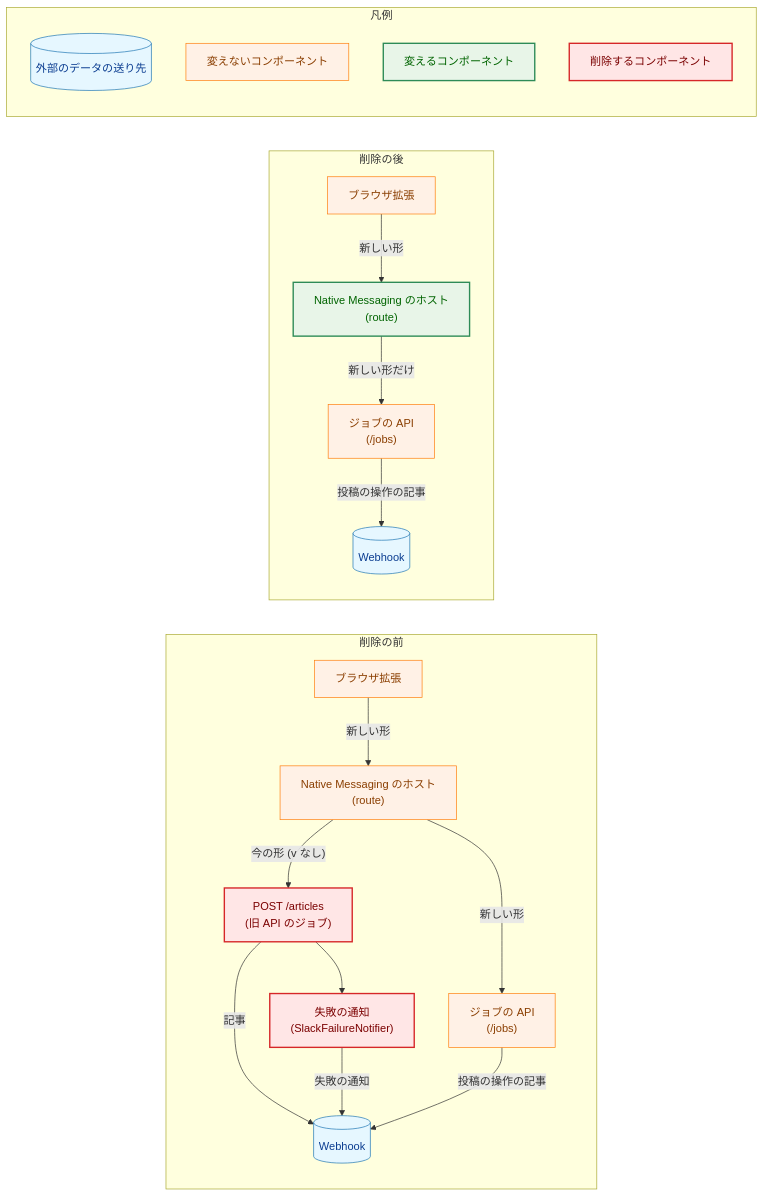
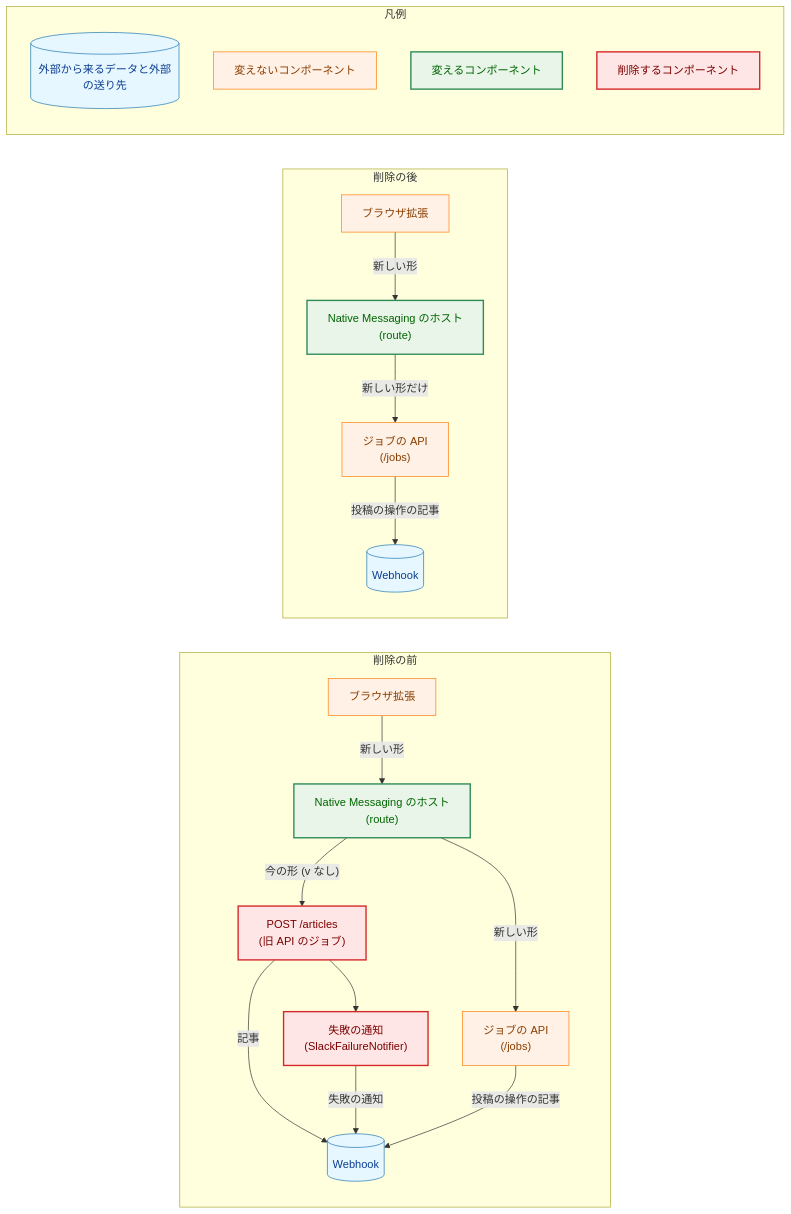
Before and after one commit to isseis/yt2column: the first of 6 diagrams in docs/tasks/0059_remove_legacy_articles_api/02_architecture.md, drawn with Mermaid. The commit also changed other lines of this file, not shown here.

First line of the commit message:
docs(0059): address the architecture review findings

````diff
--- a/docs/tasks/0059_remove_legacy_articles_api/02_architecture.md
+++ b/docs/tasks/0059_remove_legacy_articles_api/02_architecture.md
@@ -30,50 +32,49 @@
 ```mermaid
 flowchart LR
     classDef data fill:#e6f7ff,stroke:#1f77b4,stroke-width:1px,color:#0b3d91;
     classDef process fill:#fff1e6,stroke:#ff7f0e,stroke-width:1px,color:#8a3e00;
     classDef enhanced fill:#e8f5e8,stroke:#2e8b57,stroke-width:2px,color:#006400;
     classDef problem fill:#ffe6e6,stroke:#d62728,stroke-width:2px,color:#7b0000;
 
     subgraph Before["削除の前"]
         EXT1["ブラウザ拡張"]
         HOST1["Native Messaging のホスト<br>(route)"]
         ART1["POST /articles<br>(旧 API のジョブ)"]
         JOBS1["ジョブの API<br>(/jobs)"]
         NOTE1["失敗の通知<br>(SlackFailureNotifier)"]
         HOOK1[("Webhook")]
         EXT1 -->|"新しい形"| HOST1
         HOST1 -->|"今の形 (v なし)"| ART1
         HOST1 -->|"新しい形"| JOBS1
         ART1 -->|"記事"| HOOK1
         ART1 --> NOTE1
         NOTE1 -->|"失敗の通知"| HOOK1
         JOBS1 -->|"投稿の操作の記事"| HOOK1
     end
 
     subgraph After["削除の後"]
         EXT2["ブラウザ拡張"]
         HOST2["Native Messaging のホスト<br>(route)"]
         JOBS2["ジョブの API<br>(/jobs)"]
         HOOK2[("Webhook")]
         EXT2 -->|"新しい形"| HOST2
         HOST2 -->|"新しい形だけ"| JOBS2
         JOBS2 -->|"投稿の操作の記事"| HOOK2
     end
 
     class EXT1,EXT2,JOBS1,JOBS2 process
     class ART1,NOTE1 problem
-    class HOST2 enhanced
-    class HOST1 process
+    class HOST1,HOST2 enhanced
     class HOOK1,HOOK2 data
 
     subgraph Legend["凡例"]
-        L1[("外部のデータの送り先")]
+        L1[("外部から来るデータと外部の送り先")]
         L2["変えないコンポーネント"]
         L3["変えるコンポーネント"]
         L4["削除するコンポーネント"]
     end
     class L1 data
     class L2 process
     class L3 enhanced
     class L4 problem
 ```
````
